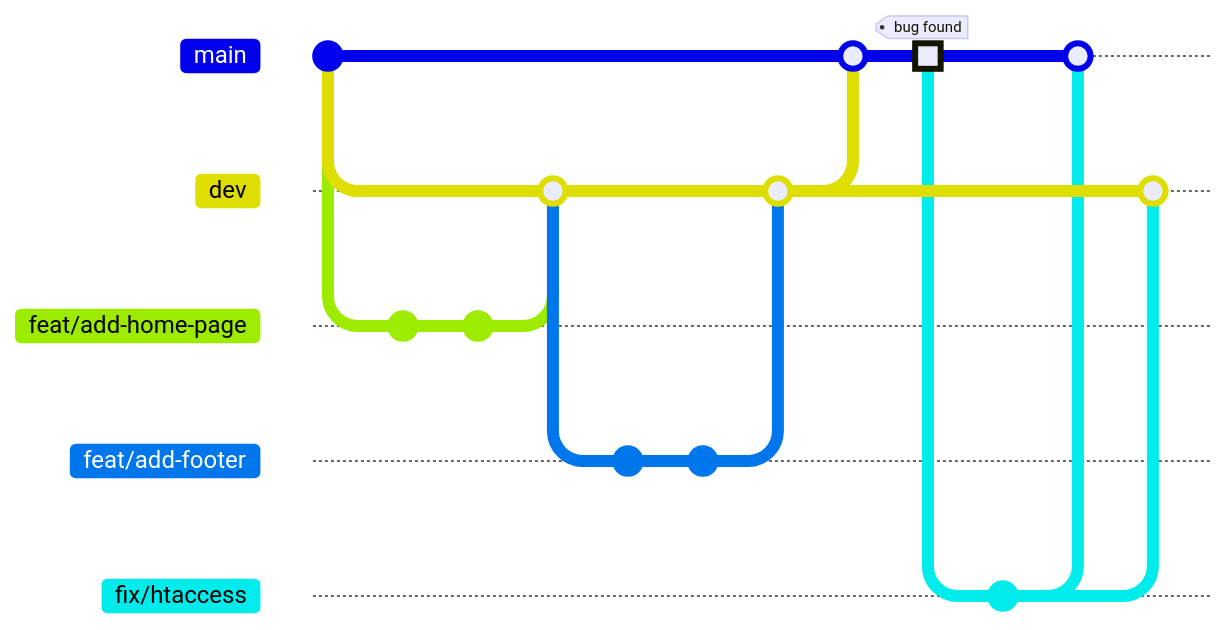
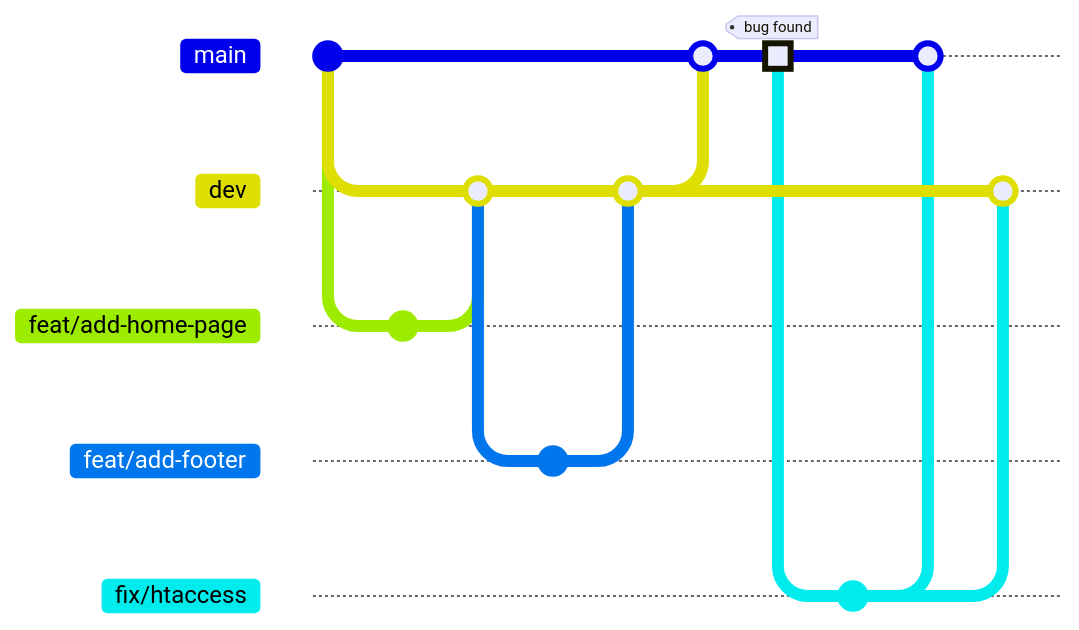
One commit to ebouchut/mars-ai-project changed the diagram in README.md. Above: the diagram before and after it, drawn with Mermaid. The commit also changed other lines of this file and 1 other file, not shown here. Commit ids are hidden.

````diff
--- a/README.md
+++ b/README.md
@@ -489,29 +459,27 @@
 ```mermaid
 gitGraph
     commit
     branch dev
     checkout dev
     branch feat/add-home-page
     checkout feat/add-home-page
     commit
-    commit
     checkout dev
     merge feat/add-home-page
 
     branch feat/add-footer
-    commit
     commit
     checkout dev
     merge feat/add-footer
 
     checkout main
     merge dev
     commit type: HIGHLIGHT tag: "bug found"
     checkout main
     branch fix/htaccess
     commit
     checkout main
     merge fix/htaccess
     checkout dev
     merge fix/htaccess
 ```
````
